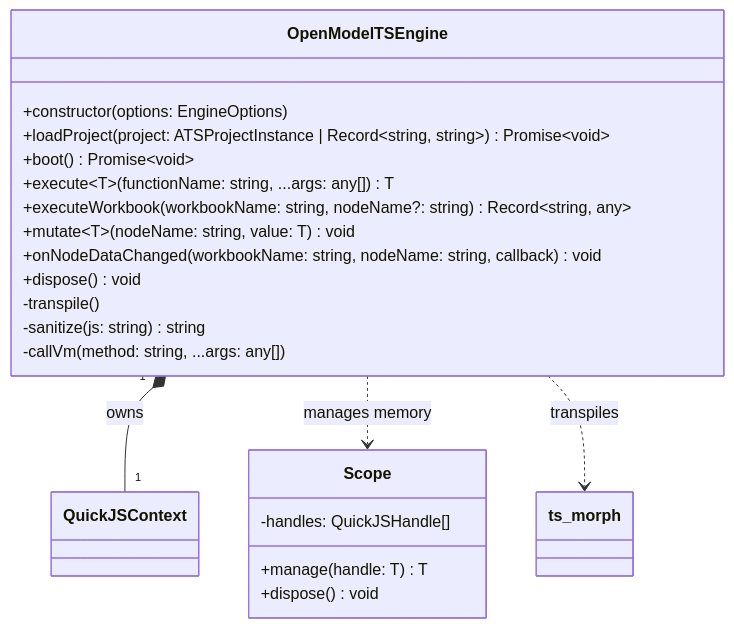
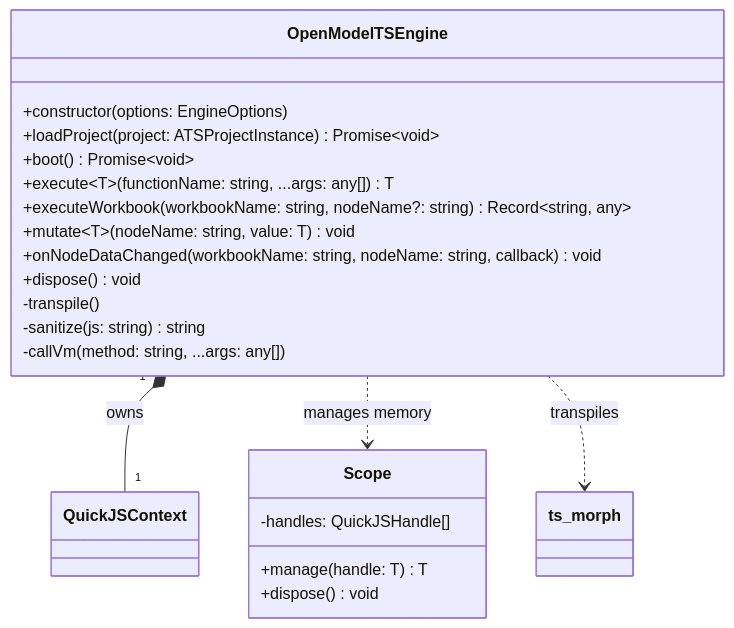
Before and after one commit to rimvydasb/open-modeler-bindings: the first of 2 diagrams in docs/ENGINE_SPEC.md, drawn with Mermaid. The commit also changed other lines of this file and 2 other files, not shown here.

````diff
--- a/docs/ENGINE_SPEC.md
+++ b/docs/ENGINE_SPEC.md
@@ -27,28 +27,28 @@
 ```mermaid
 classDiagram
     direction TB
 
     class OpenModelTSEngine {
         +constructor(options: EngineOptions)
-        +loadProject(project: ATSProjectInstance | Record~string, string~) Promise~void~
+        +loadProject(project: ATSProjectInstance) Promise~void~
         +boot() Promise~void~
         +execute~T~(functionName: string, ...args: any[]) T
         +executeWorkbook(workbookName: string, nodeName?: string) Record~string, any~
         +mutate~T~(nodeName: string, value: T) void
         +onNodeDataChanged(workbookName: string, nodeName: string, callback) void
         +dispose() void
         -transpile()
         -sanitize(js: string) string
         -callVm(method: string, ...args: any[])
     }
 
     class Scope {
         -handles: QuickJSHandle[]
         +manage(handle: T) T
         +dispose() void
     }
 
     OpenModelTSEngine "1" *-- "1" QuickJSContext : owns
     OpenModelTSEngine ..> Scope : manages memory
     OpenModelTSEngine ..> ts_morph : transpiles
 ```
````
